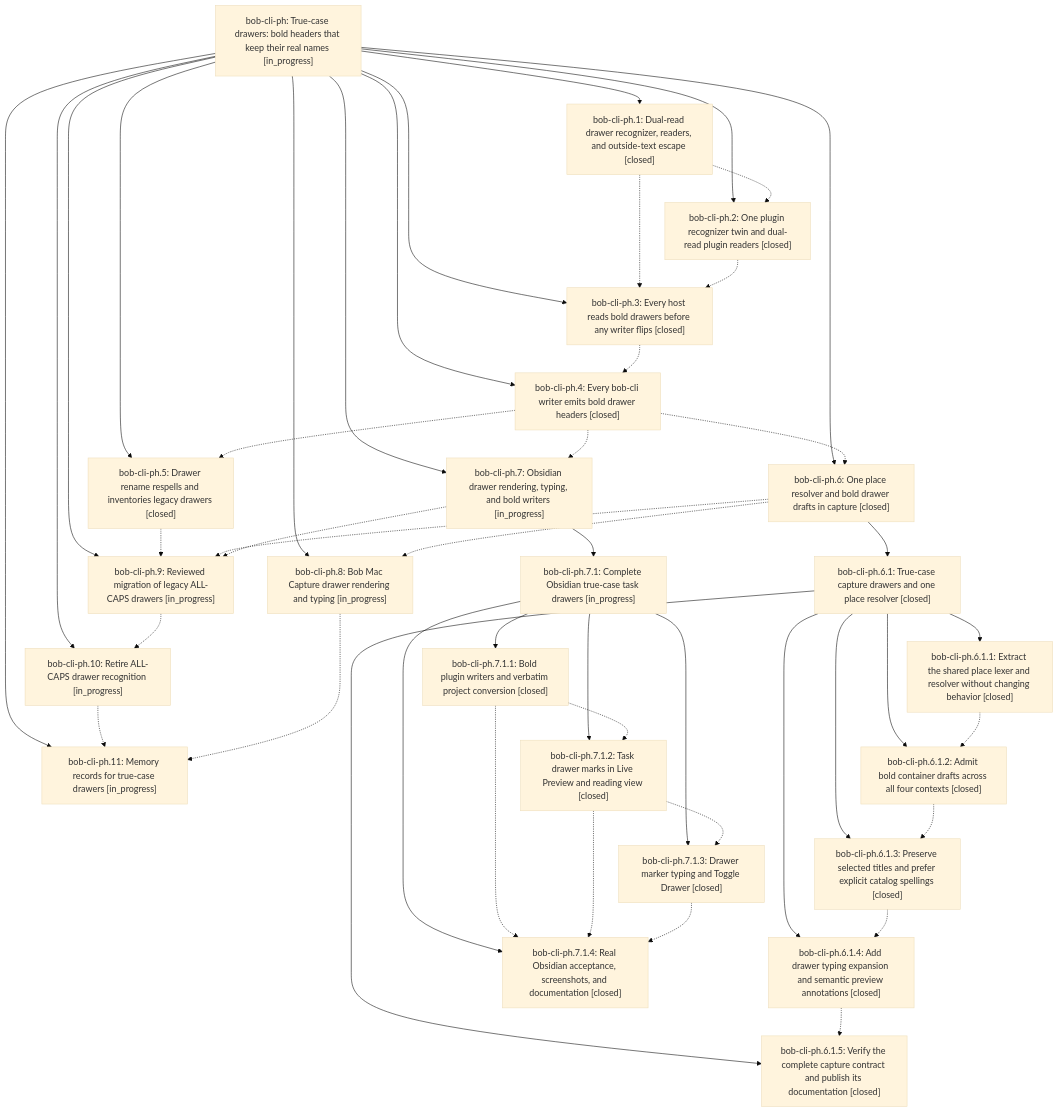
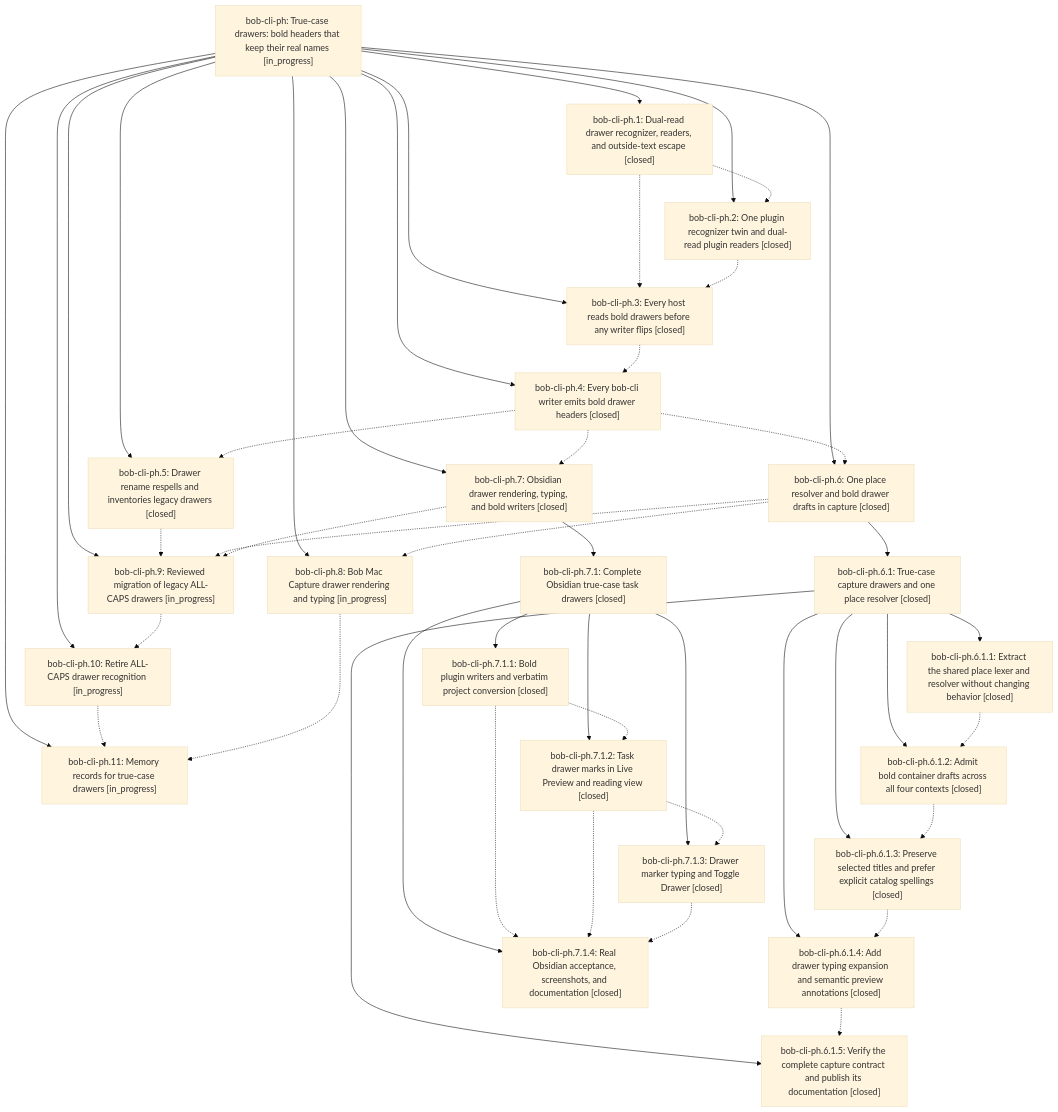
Before and after one commit to bobs-org/bob-cli--beads: the diagram in pages/bob-cli-ph/README.md, drawn with Mermaid (base theme). The commit also changed other lines of this file and 17 other files, not shown here.

First line of the commit message:
chore(beads): sync bead state and pages for bob-cli-ph

````diff
--- a/pages/bob-cli-ph/README.md
+++ b/pages/bob-cli-ph/README.md
@@ -56,71 +56,71 @@
 ```mermaid
 flowchart TD
     n0["bob-cli-ph: True-case drawers: bold headers that keep their real names [in_progress]"]
     n1["bob-cli-ph.1: Dual-read drawer recognizer, readers, and outside-text escape [closed]"]
     n2["bob-cli-ph.10: Retire ALL-CAPS drawer recognition [in_progress]"]
     n3["bob-cli-ph.11: Memory records for true-case drawers [in_progress]"]
     n4["bob-cli-ph.2: One plugin recognizer twin and dual-read plugin readers [closed]"]
     n5["bob-cli-ph.3: Every host reads bold drawers before any writer flips [closed]"]
     n6["bob-cli-ph.4: Every bob-cli writer emits bold drawer headers [closed]"]
     n7["bob-cli-ph.5: Drawer rename respells and inventories legacy drawers [closed]"]
     n8["bob-cli-ph.6: One place resolver and bold drawer drafts in capture [closed]"]
     n9["bob-cli-ph.6.1: True-case capture drawers and one place resolver [closed]"]
     n10["bob-cli-ph.6.1.1: Extract the shared place lexer and resolver without changing behavior [closed]"]
     n11["bob-cli-ph.6.1.2: Admit bold container drafts across all four contexts [closed]"]
     n12["bob-cli-ph.6.1.3: Preserve selected titles and prefer explicit catalog spellings [closed]"]
     n13["bob-cli-ph.6.1.4: Add drawer typing expansion and semantic preview annotations [closed]"]
     n14["bob-cli-ph.6.1.5: Verify the complete capture contract and publish its documentation [closed]"]
-    n15["bob-cli-ph.7: Obsidian drawer rendering, typing, and bold writers [in_progress]"]
-    n16["bob-cli-ph.7.1: Complete Obsidian true-case task drawers [in_progress]"]
+    n15["bob-cli-ph.7: Obsidian drawer rendering, typing, and bold writers [closed]"]
+    n16["bob-cli-ph.7.1: Complete Obsidian true-case task drawers [closed]"]
     n17["bob-cli-ph.7.1.1: Bold plugin writers and verbatim project conversion [closed]"]
     n18["bob-cli-ph.7.1.2: Task drawer marks in Live Preview and reading view [closed]"]
     n19["bob-cli-ph.7.1.3: Drawer marker typing and Toggle Drawer [closed]"]
     n20["bob-cli-ph.7.1.4: Real Obsidian acceptance, screenshots, and documentation [closed]"]
     n21["bob-cli-ph.8: Bob Mac Capture drawer rendering and typing [in_progress]"]
     n22["bob-cli-ph.9: Reviewed migration of legacy ALL-CAPS drawers [in_progress]"]
     n0 --> n1
     n0 --> n2
     n0 --> n3
     n0 --> n4
     n0 --> n5
     n0 --> n6
     n0 --> n7
     n0 --> n8
     n8 --> n9
     n9 --> n10
     n9 --> n11
     n9 --> n12
     n9 --> n13
     n9 --> n14
     n0 --> n15
     n15 --> n16
     n16 --> n17
     n16 --> n18
     n16 --> n19
     n16 --> n20
     n0 --> n21
     n0 --> n22
     n1 -.-> n4
     n1 -.-> n5
     n2 -.-> n3
     n4 -.-> n5
     n5 -.-> n6
     n6 -.-> n7
     n6 -.-> n8
     n6 -.-> n15
     n7 -.-> n22
     n8 -.-> n21
     n8 -.-> n22
     n10 -.-> n11
     n11 -.-> n12
     n12 -.-> n13
     n13 -.-> n14
     n15 -.-> n22
     n17 -.-> n18
     n17 -.-> n20
     n18 -.-> n19
     n18 -.-> n20
     n19 -.-> n20
     n21 -.-> n3
     n22 -.-> n2
 ```
````
